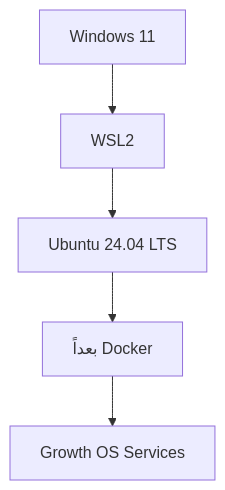
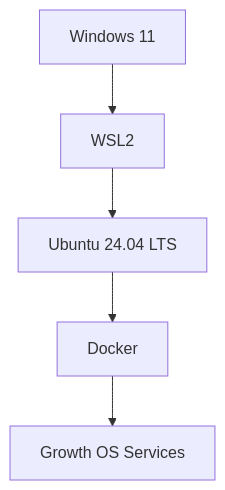
One commit to DashSaman/-SEO changed the diagram in growth-os/installation/PHASE1-WSL2-FA.md. Above: the diagram before and after it, drawn with Mermaid. The commit also changed other lines of this file, not shown here.

````diff
--- a/growth-os/installation/PHASE1-WSL2-FA.md
+++ b/growth-os/installation/PHASE1-WSL2-FA.md
@@ -9,7 +9,7 @@
 ```mermaid
 flowchart TD
     A[Windows 11] --> B[WSL2]
     B --> C[Ubuntu 24.04 LTS]
-    C --> D[بعداً Docker]
+    C --> D[Docker]
     D --> E[Growth OS Services]
 ```
````
